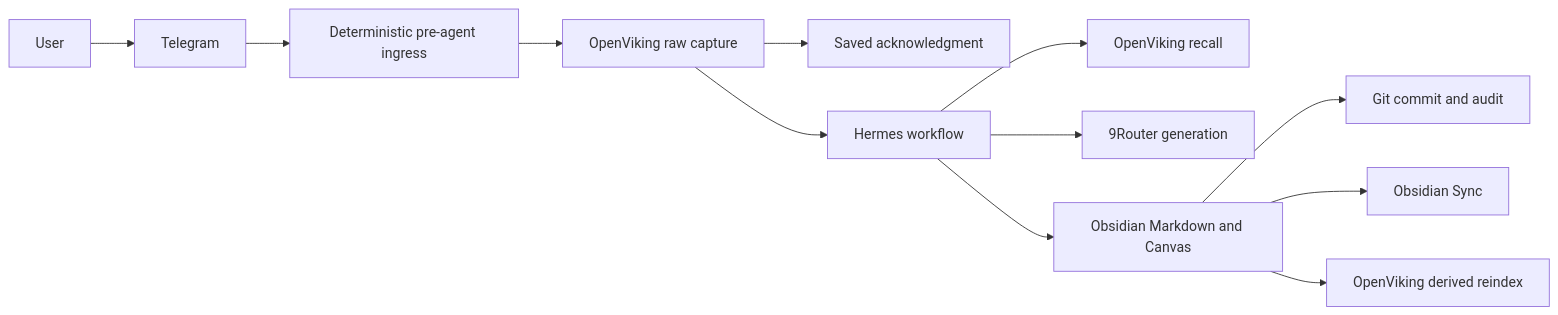
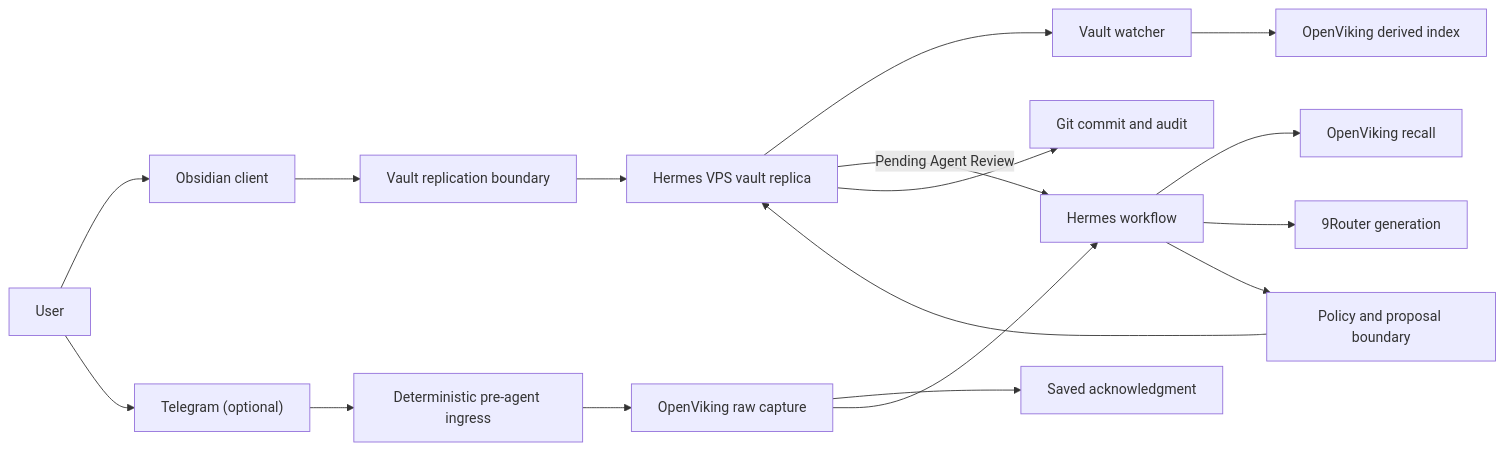
Before and after one commit to tienbac2314/north-obsidian-vault: the diagram in docs/superpowers/specs/2026-07-20-obsidian-openviking-workspace-design.md, drawn with Mermaid. The commit also changed other lines of this file, not shown here.

Commit message:
docs: make Obsidian primary workspace

````diff
--- a/docs/superpowers/specs/2026-07-20-obsidian-openviking-workspace-design.md
+++ b/docs/superpowers/specs/2026-07-20-obsidian-openviking-workspace-design.md
@@ -63,14 +68,19 @@
 ```mermaid
 flowchart LR
-    U["User"] --> T["Telegram"]
+    U["User"] --> C["Obsidian client"]
+    U --> T["Telegram (optional)"]
+    C --> S["Vault replication boundary"]
+    S --> O["Hermes VPS vault replica"]
+    O --> W["Vault watcher"]
+    W --> D["OpenViking derived index"]
+    O -->|"Pending Agent Review"| H["Hermes workflow"]
     T --> I["Deterministic pre-agent ingress"]
     I --> V["OpenViking raw capture"]
     V --> A["Saved acknowledgment"]
-    V --> H["Hermes workflow"]
+    V --> H
     H --> R["OpenViking recall"]
     H --> G["9Router generation"]
-    H --> O["Obsidian Markdown and Canvas"]
+    H --> P["Policy and proposal boundary"]
+    P --> O
     O --> X["Git commit and audit"]
-    O --> S["Obsidian Sync"]
-    O --> D["OpenViking derived reindex"]
 ```
````
